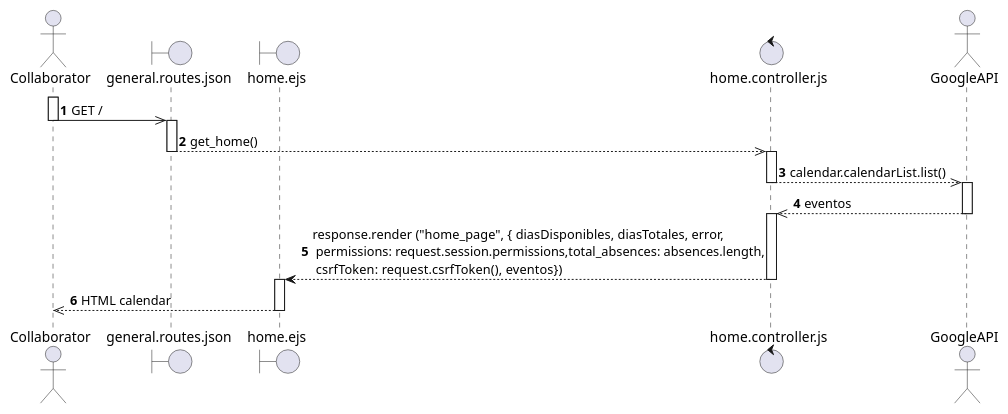
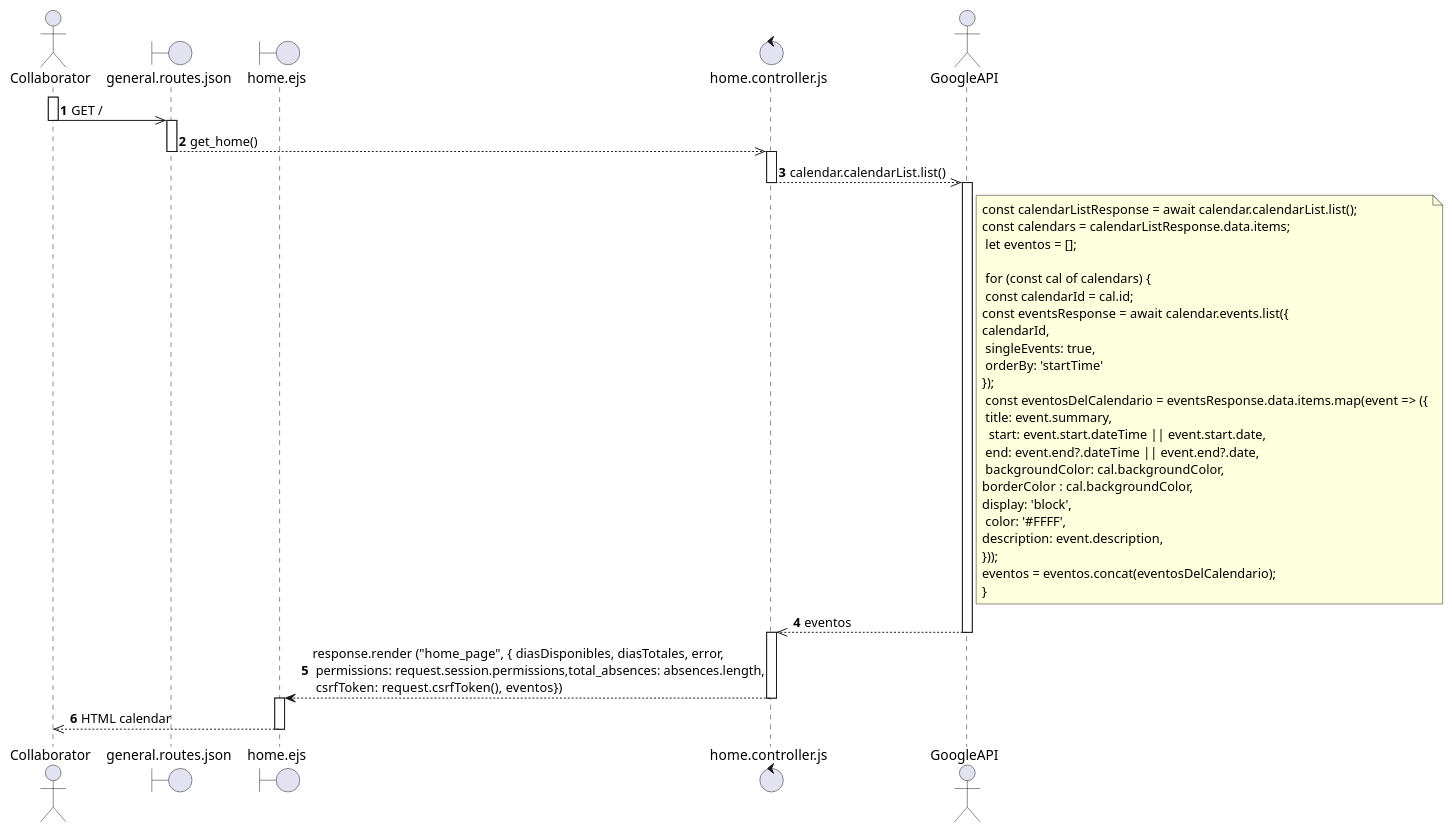
Before and after one commit to SALV19/Nebula_tc2005b: the diagram in diagramas_secuencia/req_7.puml, drawn with PlantUML. The commit also changed 3 other files, not shown here.

```diff
--- a/diagramas_secuencia/req_7.puml
+++ b/diagramas_secuencia/req_7.puml
@@ -1,34 +1,36 @@
 @startuml REQ_7
 autonumber
 actor Collaborator as C 
 boundary general.routes.json as Route
 boundary home.ejs as home
 control home.controller.js as HController
 actor GoogleAPI as GoogleApi
 
 
 activate C
 C ->> Route : GET /
 deactivate C 
 
 activate Route
 Route -->> HController : get_home()
 deactivate Route
 
 activate HController
 HController -->> GoogleApi : calendar.calendarList.list()
 deactivate HController
 
+note right of GoogleApi :  const calendarListResponse = await calendar.calendarList.list(); \nconst calendars = calendarListResponse.data.items;\n let eventos = [];\n\n for (const cal of calendars) {\n const calendarId = cal.id;\nconst eventsResponse = await calendar.events.list({\ncalendarId,\n singleEvents: true,\n orderBy: 'startTime'\n});\n const eventosDelCalendario = eventsResponse.data.items.map(event => ({\n title: event.summary,\n  start: event.start.dateTime || event.start.date,\n end: event.end?.dateTime || event.end?.date,\n backgroundColor: cal.backgroundColor,\nborderColor : cal.backgroundColor,\ndisplay: 'block',\n color: '#FFFF',\ndescription: event.description,\n}));\neventos = eventos.concat(eventosDelCalendario);\n}
+
 activate GoogleApi
 GoogleApi -->> HController : eventos
 deactivate GoogleApi
 
 activate HController
 HController --> home : response.render ("home_page", { diasDisponibles, diasTotales, error,\n permissions: request.session.permissions,total_absences: absences.length,\n csrfToken: request.csrfToken(),  eventos})
 deactivate HController
 
 activate home
 home -->> C : HTML calendar
 deactivate home
 
 @enduml
```
